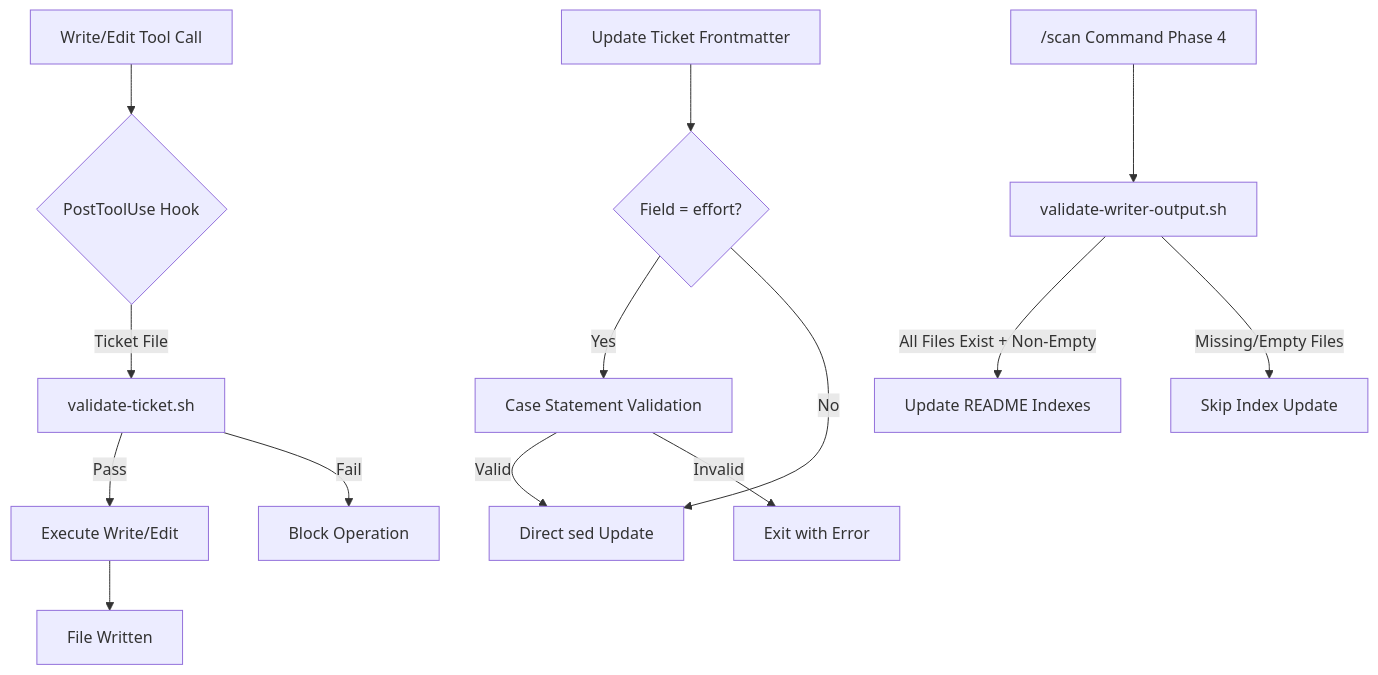
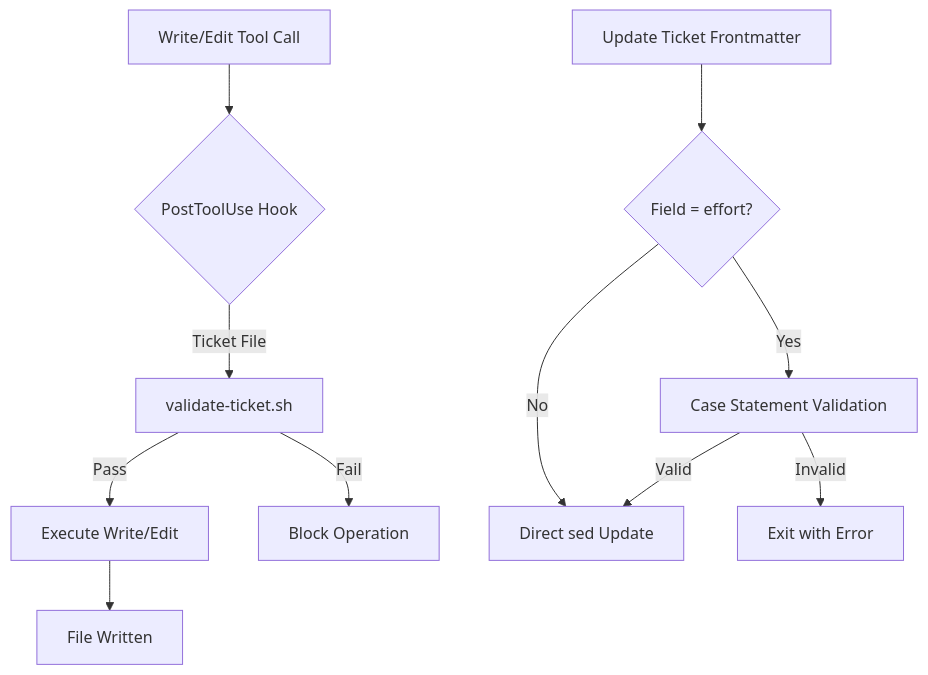
One commit to qmu/workaholic changed the second of 6 diagrams in .workaholic/specs/data.md. Above: the diagram before and after it, drawn with Mermaid. The commit also changed other lines of this file and 12 other files, not shown here.

````diff
--- a/.workaholic/specs/data.md
+++ b/.workaholic/specs/data.md
@@ -412,18 +397,15 @@
 ```mermaid
 flowchart TD
     Write["Write/Edit Tool Call"] --> Hook{PostToolUse Hook}
     Hook -->|Ticket File| ValidateTicket["validate-ticket.sh"]
     ValidateTicket -->|Pass| Execute["Execute Write/Edit"]
     ValidateTicket -->|Fail| Block["Block Operation"]
     Execute --> Success["File Written"]
 
     Update["Update Ticket Frontmatter"] --> ScriptGate{Field = effort?}
     ScriptGate -->|Yes| ValidateEffort["Case Statement Validation"]
     ScriptGate -->|No| DirectSed["Direct sed Update"]
     ValidateEffort -->|Valid| DirectSed
     ValidateEffort -->|Invalid| Error["Exit with Error"]
 
-    Scan["/scan Command Phase 4"] --> ValidateOutput["validate-writer-output.sh"]
-    ValidateOutput -->|All Files Exist + Non-Empty| UpdateIndex["Update README Indexes"]
-    ValidateOutput -->|Missing/Empty Files| SkipIndex["Skip Index Update"]
 ```
````
